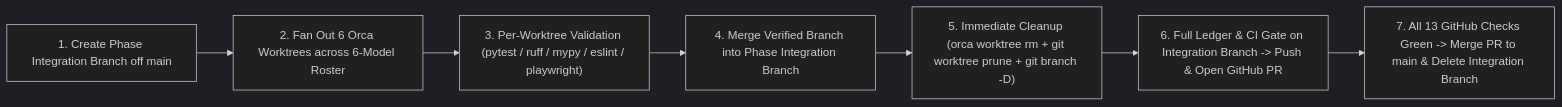
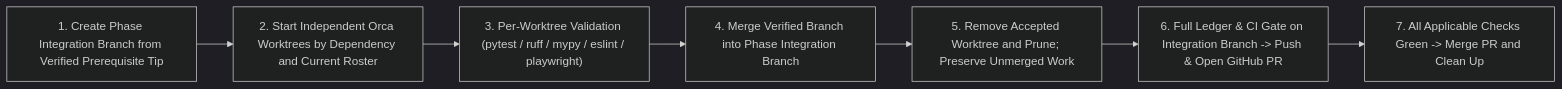
One commit to ryan-haver/8x8-hdmi-matrix-hub changed the diagram in orca-phased-roadmap.md. Above: the diagram before and after it, drawn with Mermaid (dark theme). The commit also changed other lines of this file and 6 other files, not shown here.

````diff
--- a/orca-phased-roadmap.md
+++ b/orca-phased-roadmap.md
@@ -36,9 +55,9 @@
 ```mermaid
 flowchart LR
-    A["1. Create Phase Integration Branch off main"] --> B["2. Fan Out 6 Orca Worktrees across 6-Model Roster"]
+    A["1. Create Phase Integration Branch from Verified Prerequisite Tip"] --> B["2. Start Independent Orca Worktrees by Dependency and Current Roster"]
     B --> C["3. Per-Worktree Validation (pytest / ruff / mypy / eslint / playwright)"]
     C --> D["4. Merge Verified Branch into Phase Integration Branch"]
-    D --> E["5. Immediate Cleanup (orca worktree rm + git worktree prune + git branch -D)"]
+    D --> E["5. Remove Accepted Worktree and Prune; Preserve Unmerged Work"]
     E --> F["6. Full Ledger & CI Gate on Integration Branch -> Push & Open GitHub PR"]
-    F --> G["7. All 13 GitHub Checks Green -> Merge PR to main & Delete Integration Branch"]
+    F --> G["7. All Applicable Checks Green -> Merge PR and Clean Up"]
 ```
````
